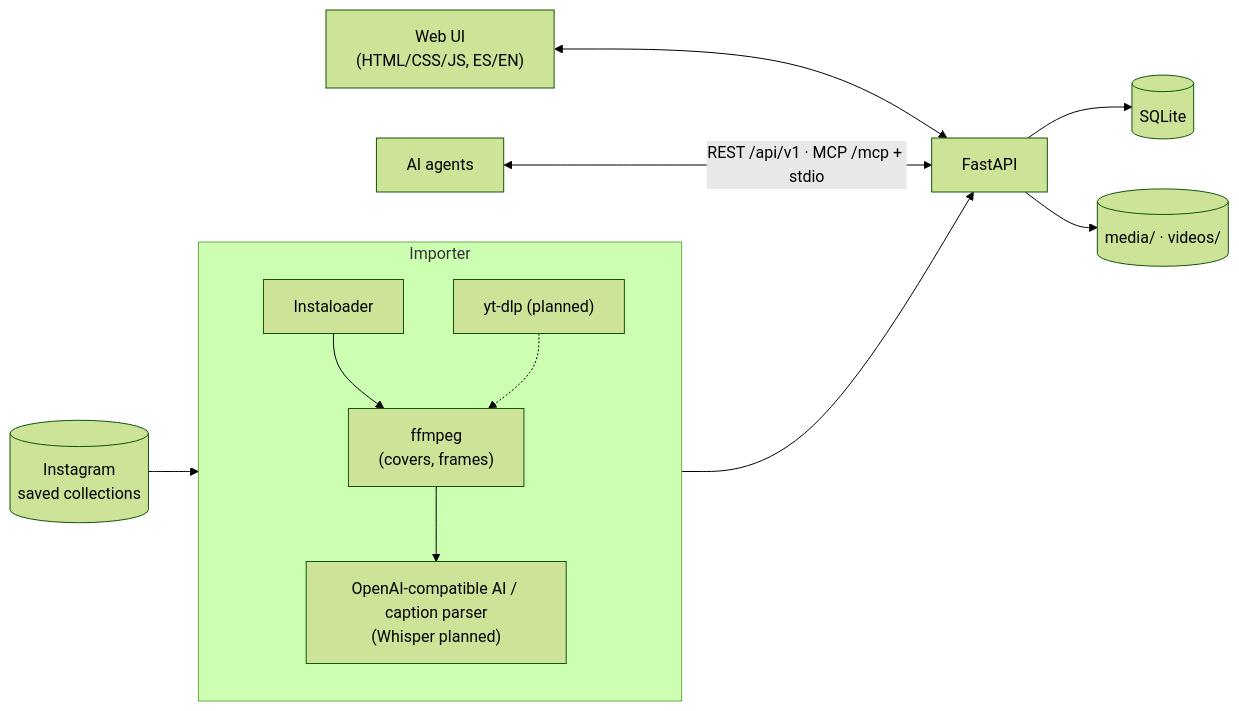
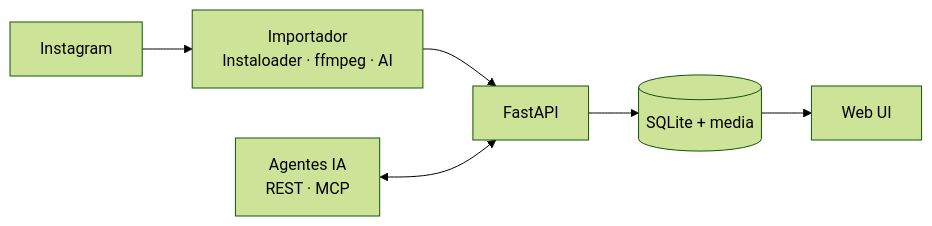
One commit to B3RT1C/recetas changed the diagram in README.es.md. Above: the diagram before and after it, drawn with Mermaid (forest theme). The commit also changed other lines of this file and 2 other files, not shown here.

Commit message:
docs(readme): captions below gallery, simpler architecture diagram, v2.1.3 facts (178 tests, 4 views)

````diff
--- a/README.es.md
+++ b/README.es.md
@@ -49,15 +51,8 @@
 ```mermaid
 flowchart LR
-  IG[("Instagram<br/>saved collections")] --> IMP
-  subgraph IMP["Importer"]
-    direction TB
-    IL["Instaloader"] --> FF["ffmpeg<br/>(covers, frames)"]
-    YT["yt-dlp (planned)"] -.-> FF
-    FF --> AI["OpenAI-compatible AI / caption parser<br/>(Whisper planned)"]
-  end
+  IG["Instagram"] --> IMP["Importador<br/>Instaloader · ffmpeg · AI"]
   IMP --> API["FastAPI"]
-  API --> DB[("SQLite")]
-  API --> MED[("media/ · videos/")]
-  UI["Web UI<br/>(HTML/CSS/JS, ES/EN)"] <--> API
-  AG["AI agents"] <-->|"REST /api/v1 · MCP /mcp + stdio"| API
+  API --> DB[("SQLite + media")]
+  DB --> UI["Web UI"]
+  AG["Agentes IA<br/>REST · MCP"] <--> API
 ```
````
